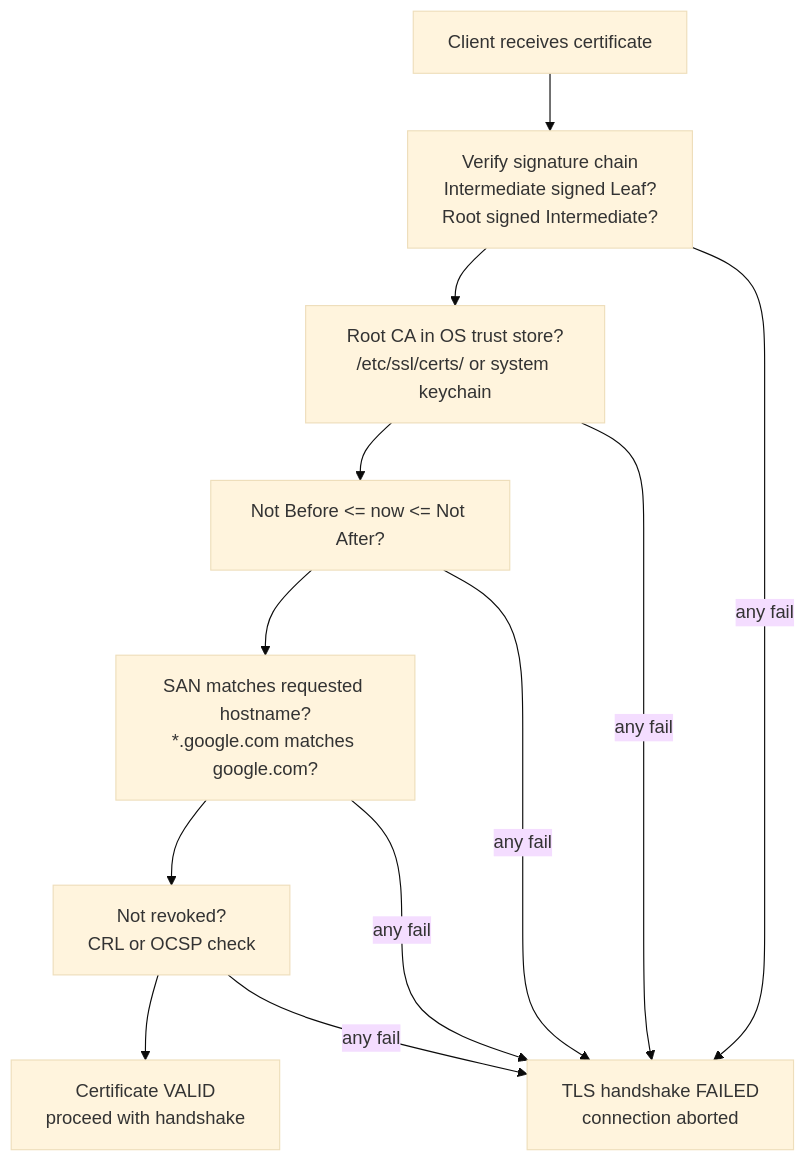
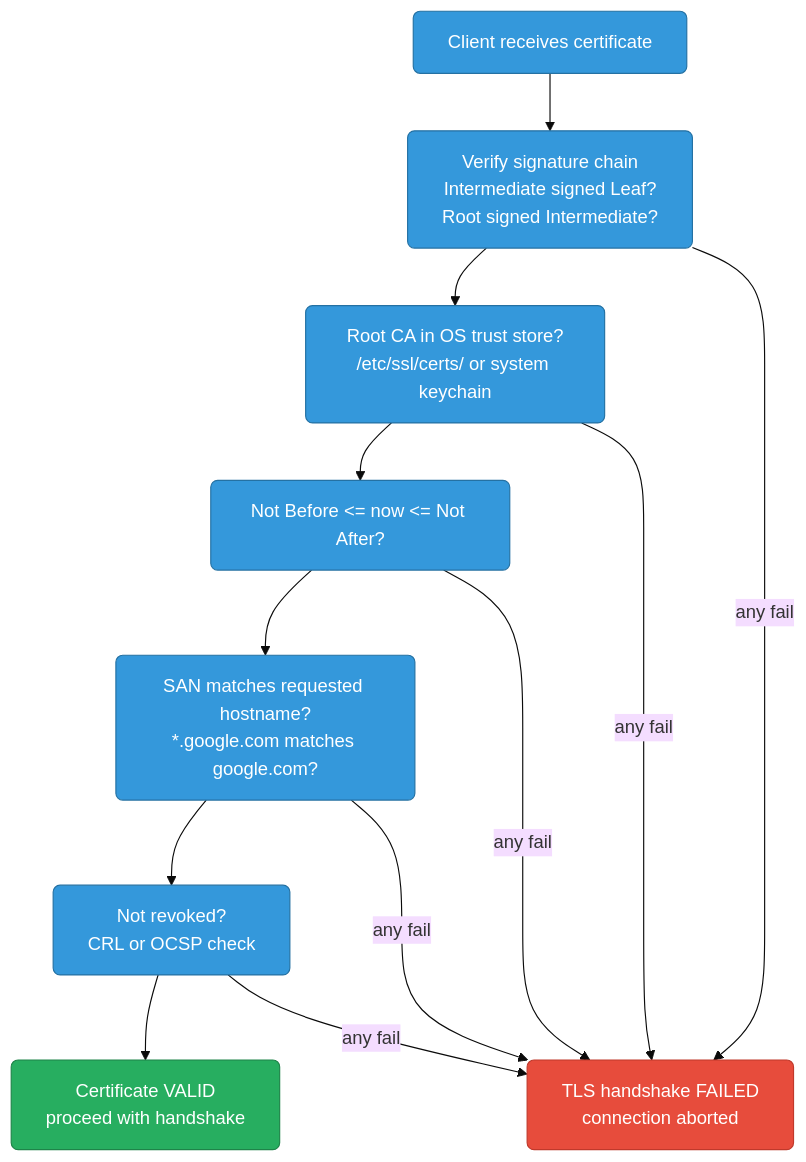
One commit to deepanshu-rawat6/DevOpsIndex changed the ninth of 13 diagrams in networking/tls-encryption.md. Above: the diagram before and after it, drawn with Mermaid (base theme). The commit also changed other lines of this file and 8 other files, not shown here.

````diff
--- a/networking/tls-encryption.md
+++ b/networking/tls-encryption.md
@@ -248,10 +434,14 @@
 ```mermaid
 flowchart TD
-    RECV["Client receives certificate"] --> SIG
-    SIG["Verify signature chain<br>Intermediate signed Leaf?<br>Root signed Intermediate?"] --> TRUST
-    TRUST["Root CA in OS trust store?<br>/etc/ssl/certs/ or system keychain"] --> EXPIRY
-    EXPIRY["Not Before <= now <= Not After?"] --> SAN
-    SAN["SAN matches requested hostname?<br>*.google.com matches google.com?"] --> REVOKE
-    REVOKE["Not revoked?<br>CRL or OCSP check"] --> OK["Certificate VALID<br>proceed with handshake"]
-    SIG & TRUST & EXPIRY & SAN & REVOKE -->|"any fail"| ERR["TLS handshake FAILED<br>connection aborted"]
+    classDef step fill:#3498db,stroke:#2471a3,color:#fff,rx:6
+    classDef ok fill:#27ae60,stroke:#1e8449,color:#fff,rx:6
+    classDef bad fill:#e74c3c,stroke:#c0392b,color:#fff,rx:6
+
+    RECV["Client receives certificate"]:::step --> SIG
+    SIG["Verify signature chain<br/>Intermediate signed Leaf?<br/>Root signed Intermediate?"]:::step --> TRUST
+    TRUST["Root CA in OS trust store?<br/>/etc/ssl/certs/ or system keychain"]:::step --> EXPIRY
+    EXPIRY["Not Before &lt;= now &lt;= Not After?"]:::step --> SAN
+    SAN["SAN matches requested hostname?<br/>*.google.com matches google.com?"]:::step --> REVOKE
+    REVOKE["Not revoked?<br/>CRL or OCSP check"]:::step --> OK["Certificate VALID<br/>proceed with handshake"]:::ok
+    SIG & TRUST & EXPIRY & SAN & REVOKE -->|"any fail"| ERR["TLS handshake FAILED<br/>connection aborted"]:::bad
 ```
````
